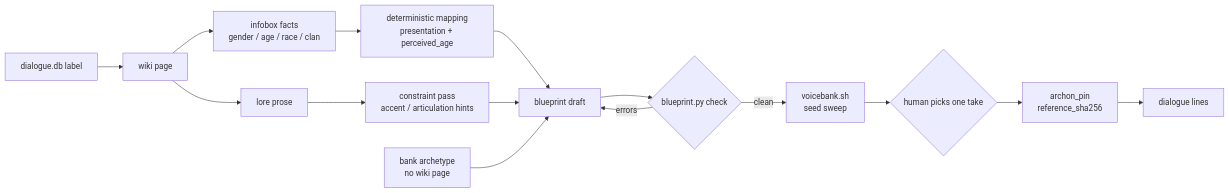
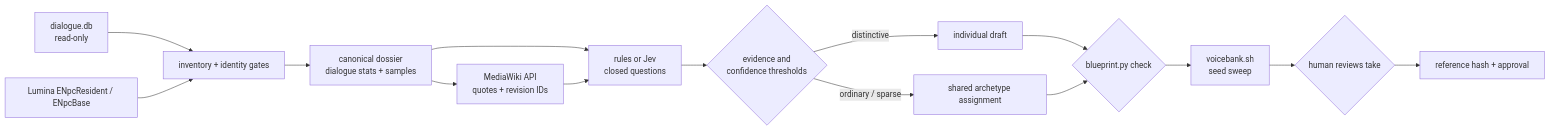
One commit to cutieway/oh-my-voice changed the second of 2 diagrams in blueprints/README.md. Above: the diagram before and after it, drawn with Mermaid. The commit also changed other lines of this file and 41 other files, not shown here.

````diff
--- a/blueprints/README.md
+++ b/blueprints/README.md
@@ -44,17 +56,17 @@
 ```mermaid
 flowchart LR
-  db["dialogue.db label"] --> wiki["wiki page"]
-  wiki --> facts["infobox facts<br/>gender / age / race / clan"]
-  wiki --> prose["lore prose"]
-  facts --> det["deterministic mapping<br/>presentation + perceived_age"]
-  prose --> rules["constraint pass<br/>accent / articulation hints"]
-  det --> draft[blueprint draft]
-  rules --> draft
-  bank["bank archetype<br/>no wiki page"] --> draft
-  draft --> val{"blueprint.py check"}
-  val -->|errors| draft
-  val -->|clean| audition["voicebank.sh<br/>seed sweep"]
-  audition --> human{"human picks one take"}
-  human --> pin["archon_pin<br/>reference_sha256"]
-  pin --> pack["dialogue lines"]
+  db["dialogue.db<br/>read-only"] --> inv["inventory + identity gates"]
+  lumina["Lumina ENpcResident / ENpcBase"] --> inv
+  inv --> dossier["canonical dossier<br/>dialogue stats + samples"]
+  dossier --> wiki["MediaWiki API<br/>quotes + revision IDs"]
+  dossier --> classifier["rules or Jev<br/>closed questions"]
+  wiki --> classifier
+  classifier --> route{"evidence and<br/>confidence thresholds"}
+  route -->|distinctive| individual["individual draft"]
+  route -->|ordinary / sparse| archetype["shared archetype assignment"]
+  individual --> val{"blueprint.py check"}
+  archetype --> val
+  val --> audition["voicebank.sh<br/>seed sweep"]
+  audition --> human{"human reviews take"}
+  human --> pin["reference hash + approval"]
 ```
````
